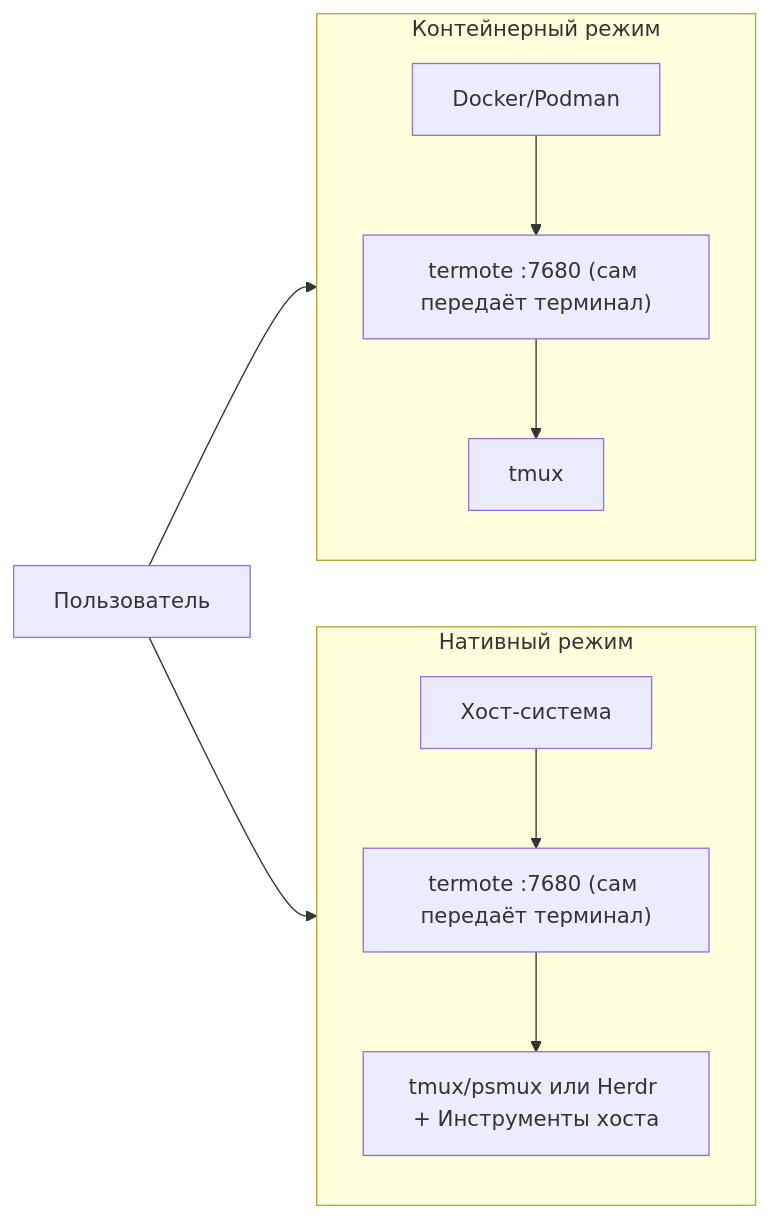
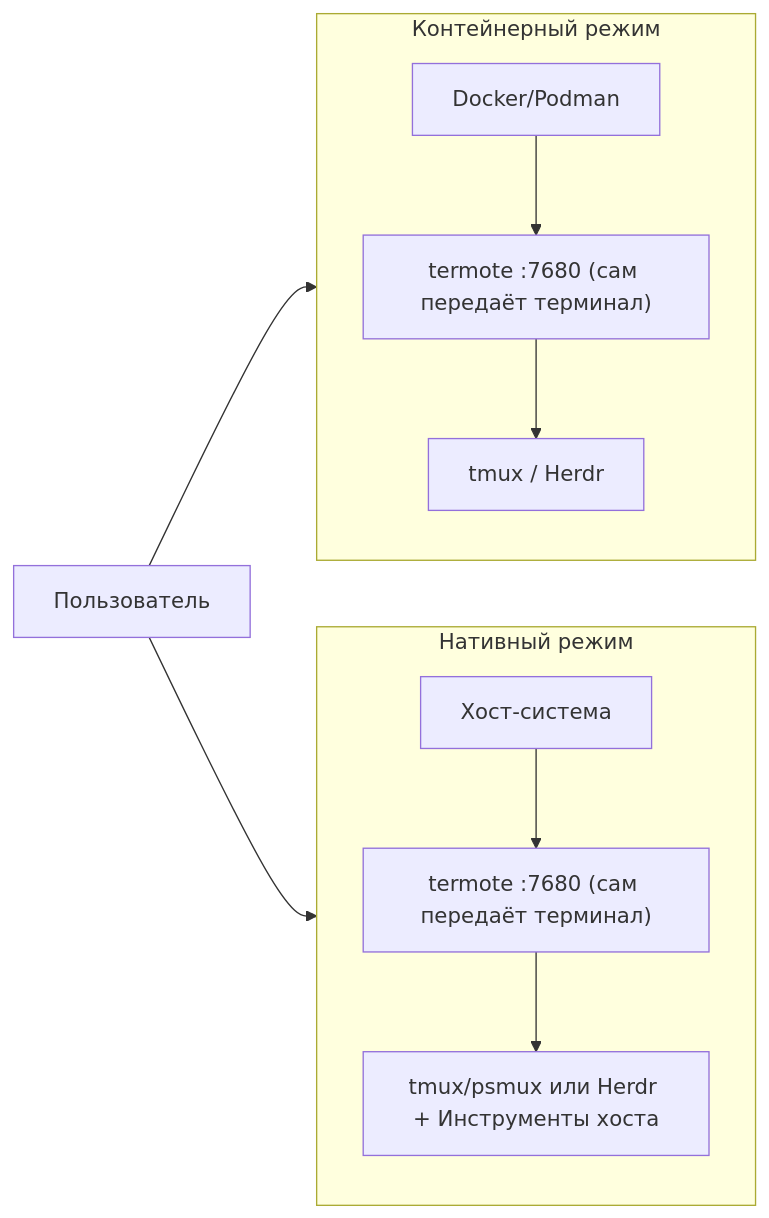
Before and after one commit to lamngockhuong/termote: the second of 2 diagrams in README.ru.md, drawn with Mermaid. The commit also changed other lines of this file and 36 other files, not shown here.

````diff
--- a/README.ru.md
+++ b/README.ru.md
@@ -217,14 +217,14 @@
 ```mermaid
 flowchart LR
     subgraph Container["Контейнерный режим"]
         direction TB
-        C1["Docker/Podman"] --> C2["termote :7680 (сам передаёт терминал)"] --> C3["tmux"]
+        C1["Docker/Podman"] --> C2["termote :7680 (сам передаёт терминал)"] --> C3["tmux / Herdr"]
     end
 
     subgraph Native["Нативный режим"]
         direction TB
         N1["Хост-система"] --> N2["termote :7680 (сам передаёт терминал)"] --> N3["tmux/psmux или Herdr + Инструменты хоста"]
     end
 
     User["Пользователь"] --> Container & Native
 ```
````
